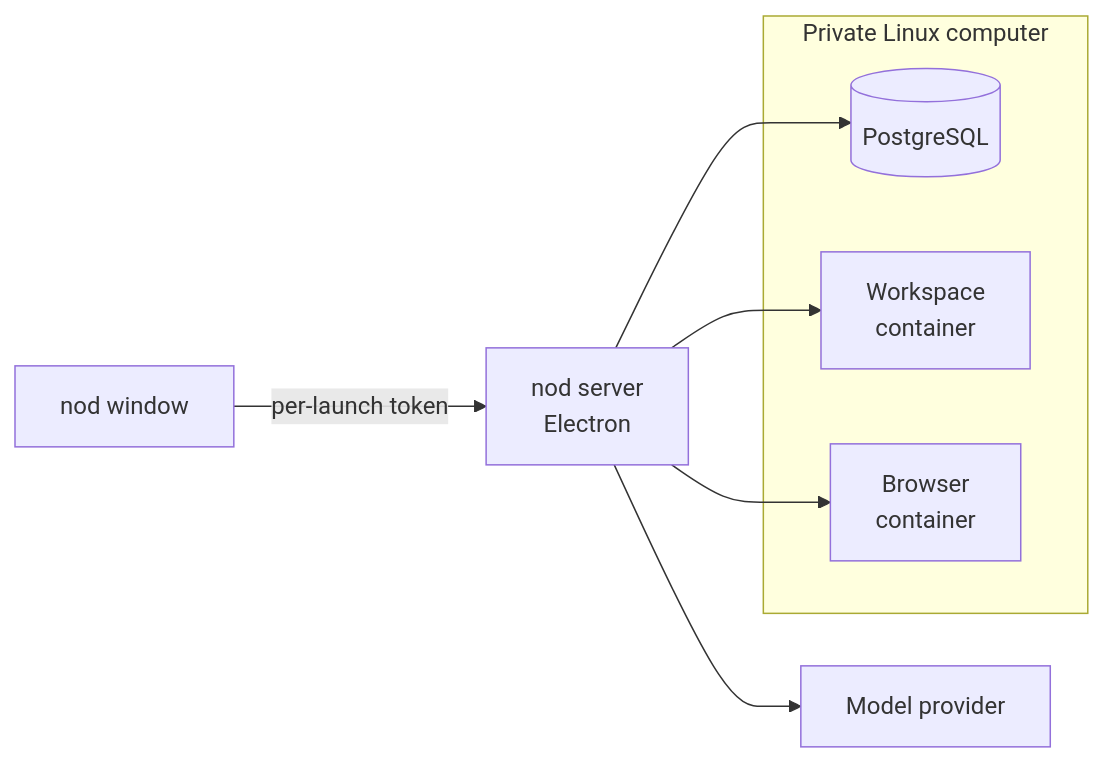
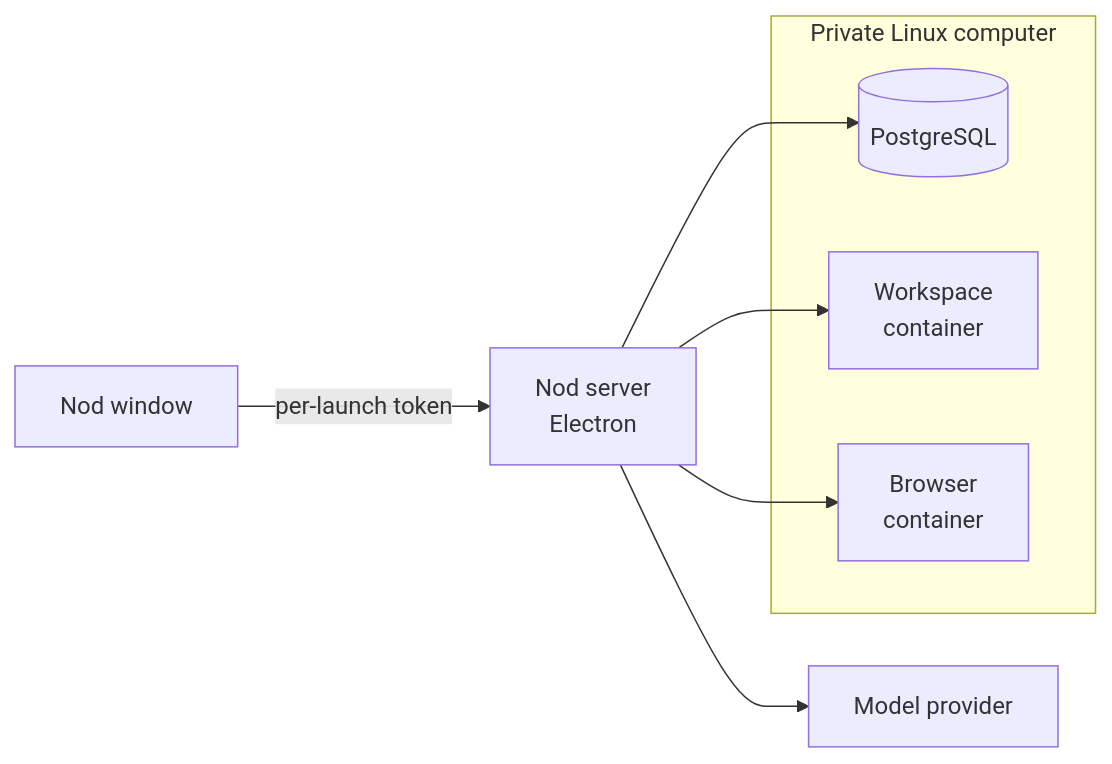
The first of 2 diagrams in docs/src/content/docs/deploy/desktop-app.mdx (KrishBhimani/nod), drawn with Mermaid before and after one commit. The commit also changed other lines of this file and 275 other files, not shown here.

````diff
--- a/docs/src/content/docs/deploy/desktop-app.mdx
+++ b/docs/src/content/docs/deploy/desktop-app.mdx
@@ -30,13 +30,13 @@
 ```mermaid
 flowchart LR
-  window[nod window]:::accent -- per-launch token --> server[nod server<br/>Electron]
+  window[Nod window]:::accent -- per-launch token --> server[Nod server<br/>Electron]
   server --> provider[Model provider]:::muted
   subgraph computer [Private Linux computer]
     db[(PostgreSQL)]
     workspace[Workspace<br/>container]
     browser[Browser<br/>container]
   end
   server --> db
   server --> workspace
   server --> browser
 ```
````
